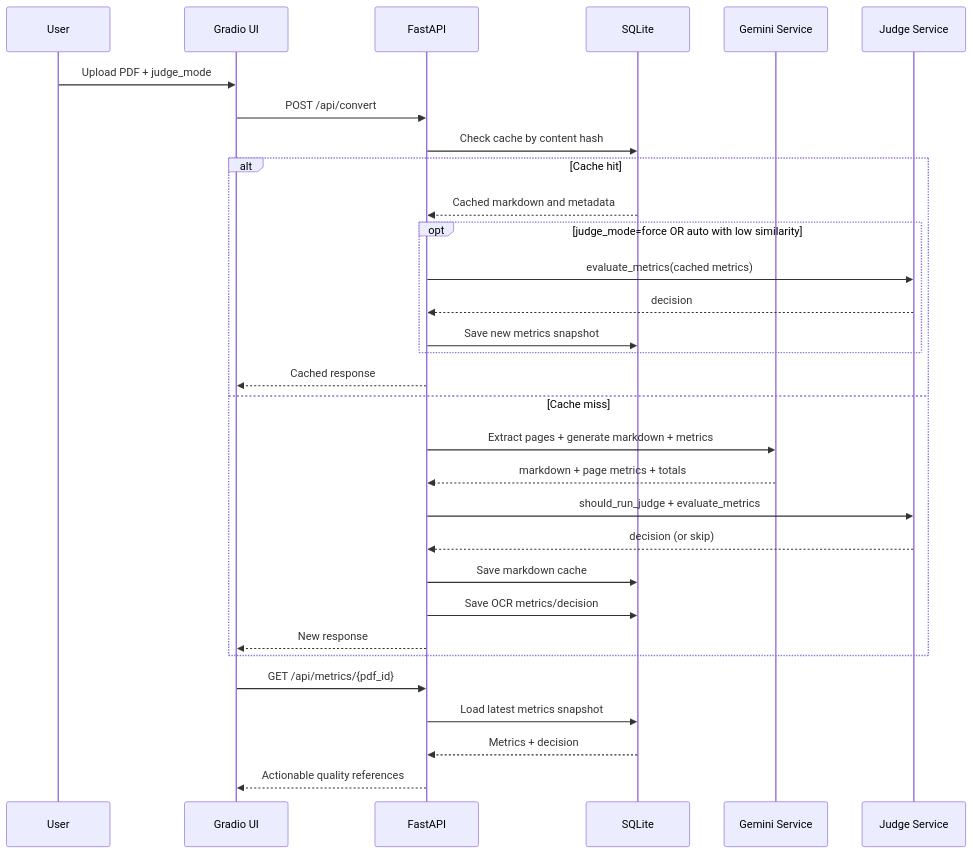
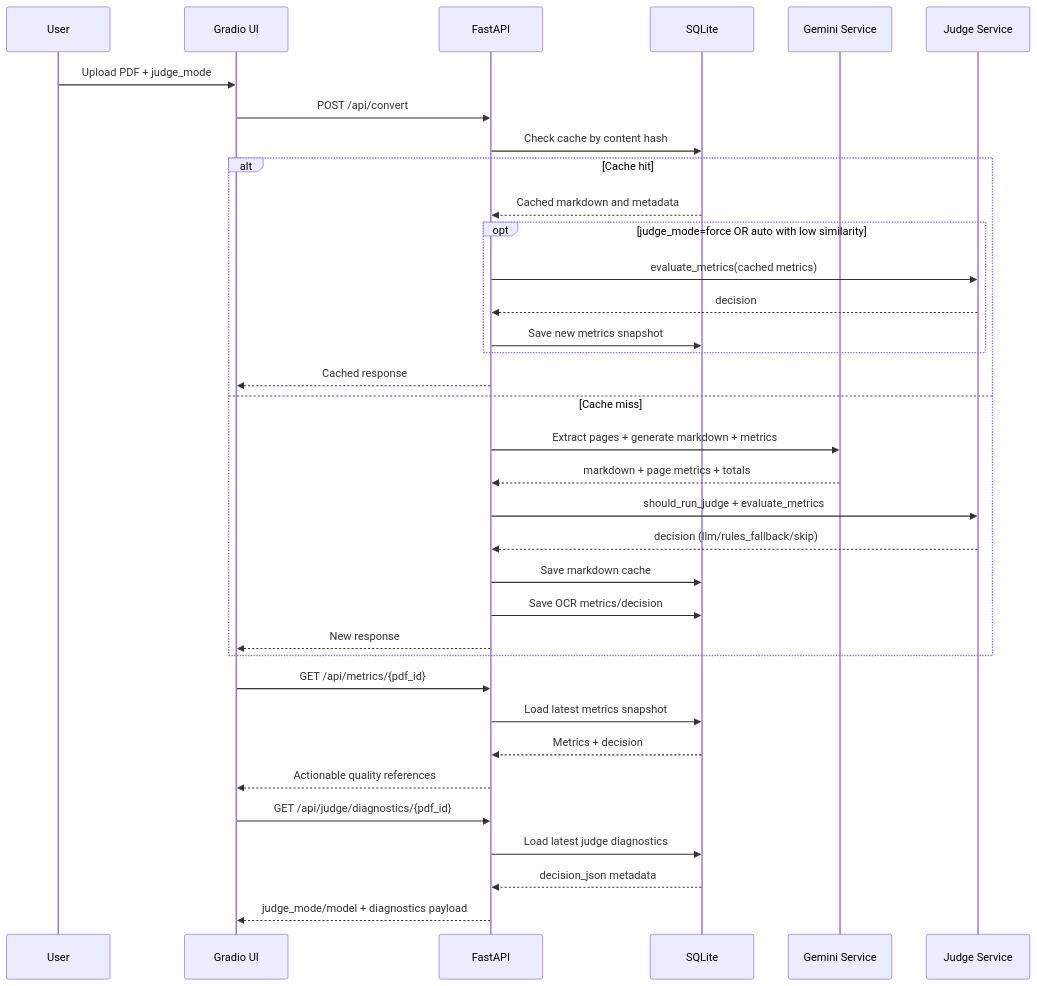
One commit to edgarherrador/projectsight-ocr-service changed the second of 3 diagrams in docs/architecture-and-onboarding.md. Above: the diagram before and after it, drawn with Mermaid. The commit also changed other lines of this file and 10 other files, not shown here.

````diff
--- a/docs/architecture-and-onboarding.md
+++ b/docs/architecture-and-onboarding.md
@@ -27,36 +27,41 @@
 ```mermaid
 sequenceDiagram
     participant User
     participant Web as Gradio UI
     participant API as FastAPI
     participant DB as SQLite
     participant OCR as Gemini Service
     participant Judge as Judge Service
 
     User->>Web: Upload PDF + judge_mode
     Web->>API: POST /api/convert
 
     API->>DB: Check cache by content hash
     alt Cache hit
         DB-->>API: Cached markdown and metadata
         opt judge_mode=force OR auto with low similarity
             API->>Judge: evaluate_metrics(cached metrics)
             Judge-->>API: decision
             API->>DB: Save new metrics snapshot
         end
         API-->>Web: Cached response
     else Cache miss
         API->>OCR: Extract pages + generate markdown + metrics
         OCR-->>API: markdown + page metrics + totals
         API->>Judge: should_run_judge + evaluate_metrics
-        Judge-->>API: decision (or skip)
+            Judge-->>API: decision (llm/rules_fallback/skip)
         API->>DB: Save markdown cache
         API->>DB: Save OCR metrics/decision
         API-->>Web: New response
     end
 
     Web->>API: GET /api/metrics/{pdf_id}
     API->>DB: Load latest metrics snapshot
     DB-->>API: Metrics + decision
     API-->>Web: Actionable quality references
+
+        Web->>API: GET /api/judge/diagnostics/{pdf_id}
+        API->>DB: Load latest judge diagnostics
+        DB-->>API: decision_json metadata
+        API-->>Web: judge_mode/model + diagnostics payload
 ```
````
